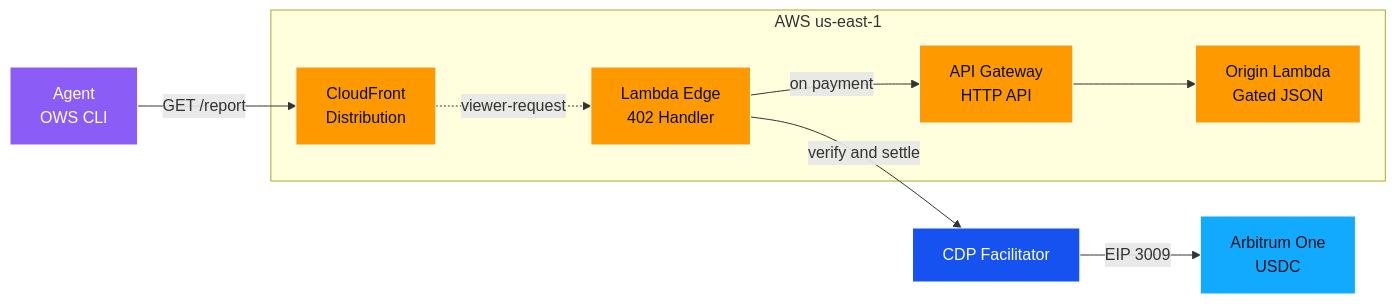
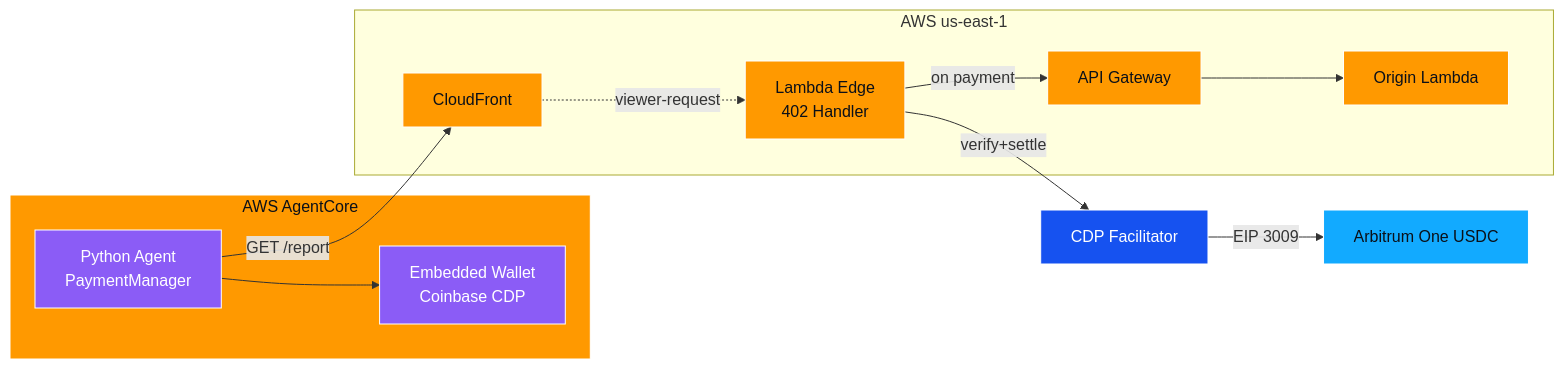
The first of 2 diagrams in README.md (hummusonrails/arbitrum-x402-aws), drawn with Mermaid before and after one commit. The commit also changed other lines of this file, not shown here.

Commit message:
docs: rewrite root README for mixed-language monorepo with AgentCore agent

````diff
--- a/README.md
+++ b/README.md
@@ -39,28 +34,32 @@
 ```mermaid
 graph LR
-    A[Agent<br/>OWS CLI]
+    subgraph AC[AWS AgentCore]
+      A[Python Agent<br/>PaymentManager]
+      W[Embedded Wallet<br/>Coinbase CDP]
+      A --> W
+    end
     subgraph AWS[AWS us-east-1]
-      CF[CloudFront<br/>Distribution]
+      CF[CloudFront]
       LE[Lambda Edge<br/>402 Handler]
-      AG[API Gateway<br/>HTTP API]
-      OL[Origin Lambda<br/>Gated JSON]
+      AG[API Gateway]
+      OL[Origin Lambda]
     end
     CDP[CDP Facilitator]
-    L1[Arbitrum One<br/>USDC]
+    L1[Arbitrum One USDC]
 
     A -->|GET /report| CF
     CF -.->|viewer-request| LE
-    LE -->|verify and settle| CDP
+    LE -->|verify+settle| CDP
     CDP -->|EIP 3009| L1
     LE -->|on payment| AG
     AG --> OL
 
     classDef aws fill:#FF9900,stroke:#fff,color:#0b1018
     classDef arb fill:#12AAFF,stroke:#fff,color:#0b1018
     classDef agent fill:#8B5CF6,stroke:#fff,color:#fff
     classDef cdp fill:#1652F0,stroke:#fff,color:#fff
-    class CF,LE,AG,OL aws
+    class CF,LE,AG,OL,AC aws
     class L1 arb
-    class A agent
+    class A,W agent
     class CDP cdp
 ```
````
